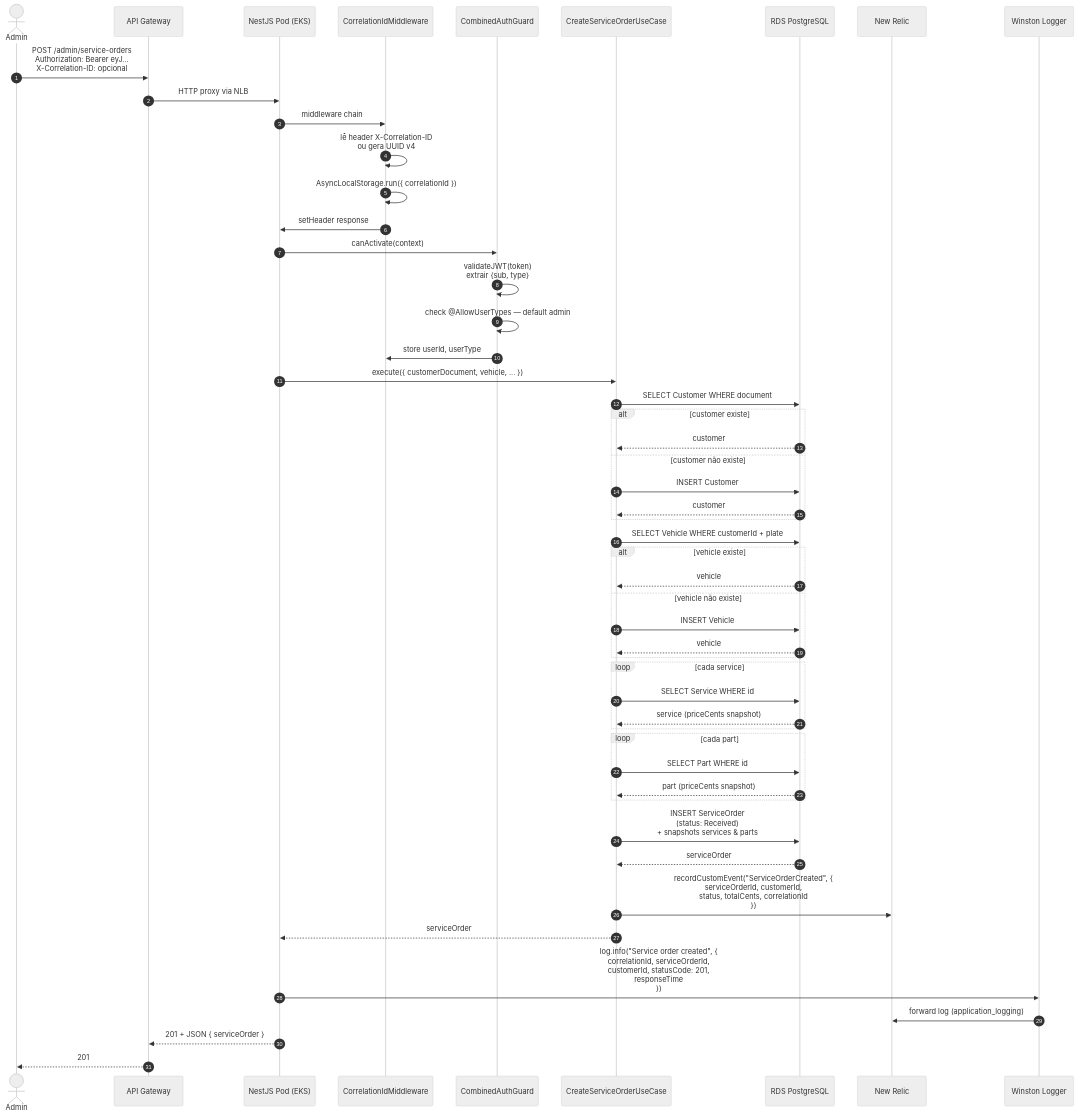
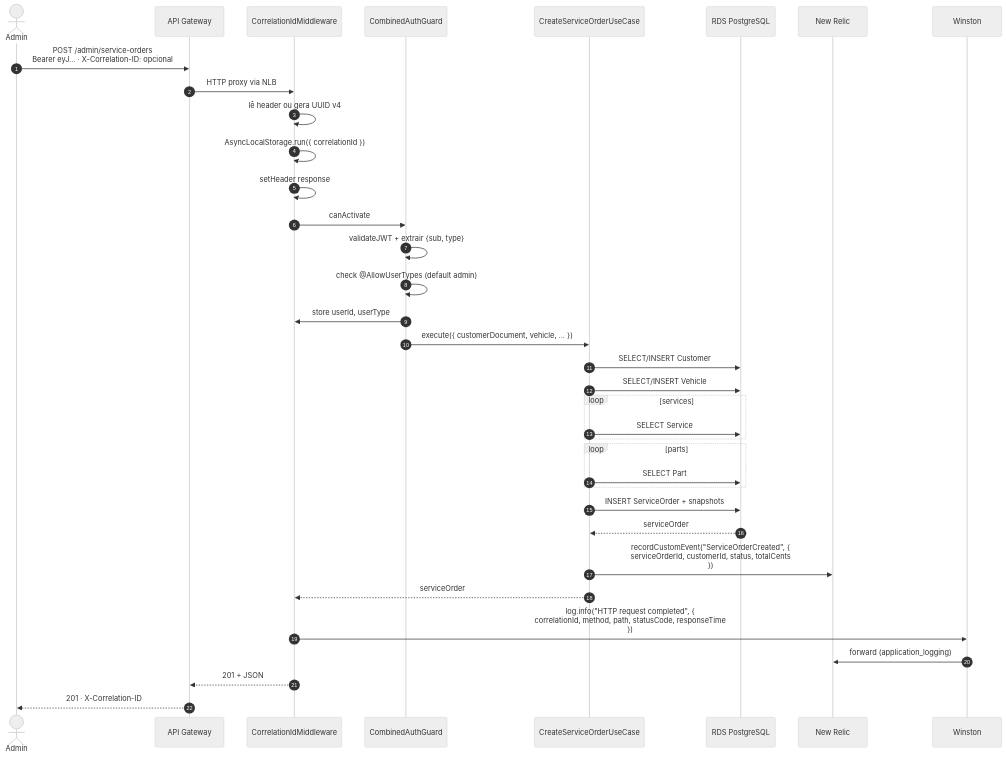
One commit to JairNunes/repo-app changed the first of 2 diagrams in docs/architecture/sequence-create-os.md. Above: the diagram before and after it, drawn with Mermaid (neutral theme). The commit also changed other lines of this file and 18 other files, not shown here.

Commit message:
docs: refactor readme, architecture, rfcs and adrs

````diff
--- a/docs/architecture/sequence-create-os.md
+++ b/docs/architecture/sequence-create-os.md
@@ -5,65 +5,43 @@
 ```mermaid
 sequenceDiagram
     autonumber
     actor A as Admin
     participant GW as API Gateway
-    participant App as NestJS Pod (EKS)
     participant Mid as CorrelationIdMiddleware
     participant Guard as CombinedAuthGuard
     participant UC as CreateServiceOrderUseCase
     participant DB as RDS PostgreSQL
     participant NR as New Relic
-    participant W as Winston Logger
+    participant W as Winston
 
-    A->>GW: POST /admin/service-orders<br/>Authorization: Bearer eyJ...<br/>X-Correlation-ID: opcional
-    GW->>App: HTTP proxy via NLB
-
-    App->>Mid: middleware chain
-    Mid->>Mid: lê header X-Correlation-ID<br/>ou gera UUID v4
+    A->>GW: POST /admin/service-orders<br/>Bearer eyJ... · X-Correlation-ID: opcional
+    GW->>Mid: HTTP proxy via NLB
+    Mid->>Mid: lê header ou gera UUID v4
     Mid->>Mid: AsyncLocalStorage.run({ correlationId })
-    Mid->>App: setHeader response
-
-    App->>Guard: canActivate(context)
-    Guard->>Guard: validateJWT(token)<br/>extrair {sub, type}
-    Guard->>Guard: check @AllowUserTypes — default admin
+    Mid->>Mid: setHeader response
+    Mid->>Guard: canActivate
+    Guard->>Guard: validateJWT + extrair {sub, type}
+    Guard->>Guard: check @AllowUserTypes (default admin)
     Guard->>Mid: store userId, userType
 
-    App->>UC: execute({ customerDocument, vehicle, ... })
+    Guard->>UC: execute({ customerDocument, vehicle, ... })
 
-    UC->>DB: SELECT Customer WHERE document
-    alt customer existe
-        DB-->>UC: customer
-    else customer não existe
-        UC->>DB: INSERT Customer
-        DB-->>UC: customer
+    UC->>DB: SELECT/INSERT Customer
+    UC->>DB: SELECT/INSERT Vehicle
+    loop services
+        UC->>DB: SELECT Service
     end
-
-    UC->>DB: SELECT Vehicle WHERE customerId + plate
-    alt vehicle existe
-        DB-->>UC: vehicle
-    else vehicle não existe
-        UC->>DB: INSERT Vehicle
-        DB-->>UC: vehicle
+    loop parts
+        UC->>DB: SELECT Part
     end
-
-    loop cada service
-        UC->>DB: SELECT Service WHERE id
-        DB-->>UC: service (priceCents snapshot)
-    end
-
-    loop cada part
-        UC->>DB: SELECT Part WHERE id
-        DB-->>UC: part (priceCents snapshot)
-    end
-
-    UC->>DB: INSERT ServiceOrder<br/>(status: Received)<br/>+ snapshots services & parts
+    UC->>DB: INSERT ServiceOrder + snapshots
     DB-->>UC: serviceOrder
 
-    UC->>NR: recordCustomEvent("ServiceOrderCreated", {<br/>  serviceOrderId, customerId,<br/>  status, totalCents, correlationId<br/>})
+    UC->>NR: recordCustomEvent("ServiceOrderCreated", {<br/>  serviceOrderId, customerId, status, totalCents<br/>})
 
-    UC-->>App: serviceOrder
-    App->>W: log.info("Service order created", {<br/>  correlationId, serviceOrderId,<br/>  customerId, statusCode: 201,<br/>  responseTime<br/>})
-    W->>NR: forward log (application_logging)
-    App-->>GW: 201 + JSON { serviceOrder }
-    GW-->>A: 201
+    UC-->>Mid: serviceOrder
+    Mid->>W: log.info("HTTP request completed", {<br/>  correlationId, method, path, statusCode, responseTime<br/>})
+    W->>NR: forward (application_logging)
+    Mid-->>GW: 201 + JSON
+    GW-->>A: 201 · X-Correlation-ID
 ```
````
